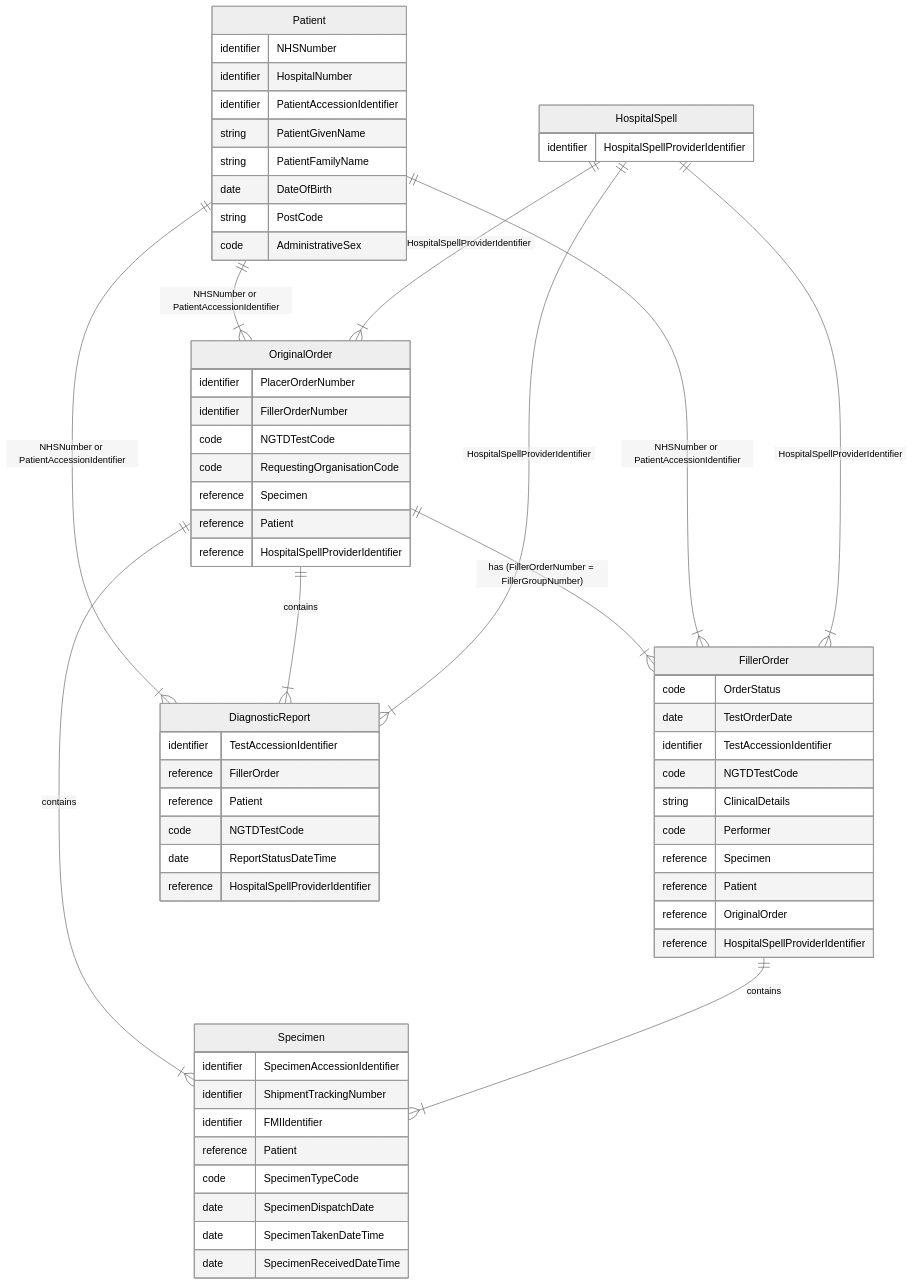
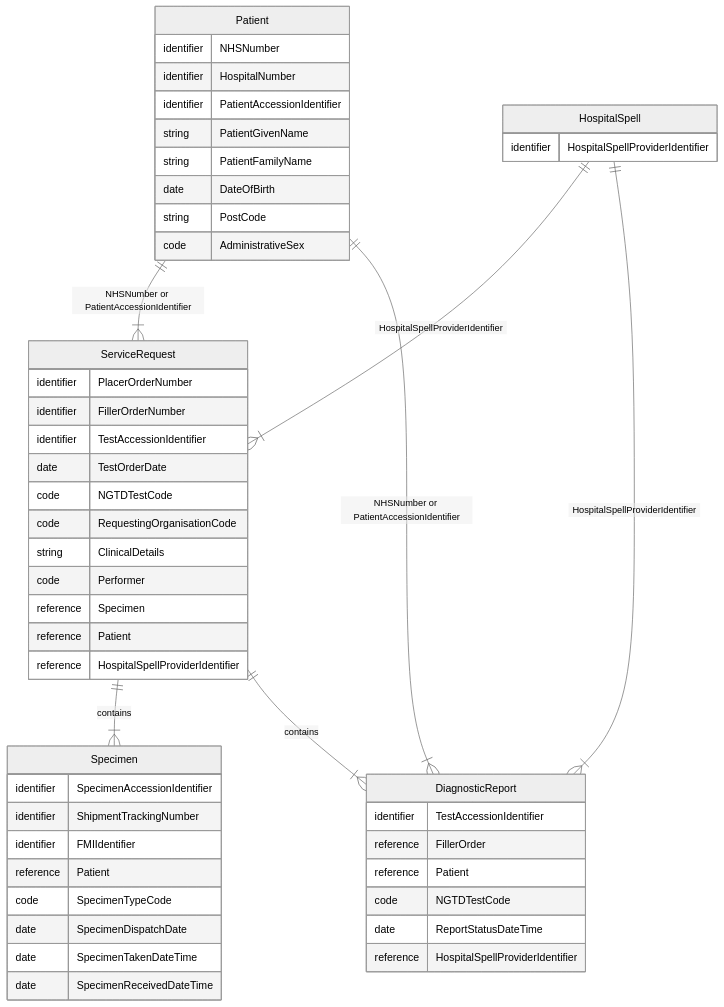
Before and after one commit to nw-gmsa/nw-gmsa.github.com: the first of 2 diagrams in input/pagecontent/diagnostic-core.md, drawn with Mermaid (neutral theme). The commit also changed other lines of this file, not shown here.

Commit message:
Simplified core model

````diff
--- a/input/pagecontent/diagnostic-core.md
+++ b/input/pagecontent/diagnostic-core.md
@@ -15,71 +15,61 @@
 ```mermaid
 erDiagram
 
-  OriginalOrder ||--|{ FillerOrder : "has (FillerOrderNumber = FillerGroupNumber)"
-  OriginalOrder ||--|{ Specimen : contains
-  FillerOrder ||--|{ Specimen : contains
-  Patient ||--|{ OriginalOrder : "NHSNumber or PatientAccessionIdentifier"
-  Patient ||--|{ FillerOrder : "NHSNumber or PatientAccessionIdentifier" 
-  Patient ||--|{ DiagnosticReport : "NHSNumber or PatientAccessionIdentifier" 
-  OriginalOrder ||--|{ DiagnosticReport : contains
-  HospitalSpell ||--|{ OriginalOrder : "HospitalSpellProviderIdentifier"
-  HospitalSpell ||--|{ FillerOrder : "HospitalSpellProviderIdentifier" 
-  HospitalSpell ||--|{ DiagnosticReport : "HospitalSpellProviderIdentifier" 
+    ServiceRequest ||--|{ Specimen : contains
+    Patient ||--|{ ServiceRequest : "NHSNumber or PatientAccessionIdentifier"
 
-  OriginalOrder {
-    identifier PlacerOrderNumber
-    identifier FillerOrderNumber
-    code NGTDTestCode
-    code RequestingOrganisationCode
-    reference Specimen
-    reference Patient
-     reference HospitalSpellProviderIdentifier
-  }
+    Patient ||--|{ DiagnosticReport : "NHSNumber or PatientAccessionIdentifier"
+    ServiceRequest ||--|{ DiagnosticReport : contains
+    HospitalSpell ||--|{ ServiceRequest : "HospitalSpellProviderIdentifier"
 
-  FillerOrder {
-    code OrderStatus
-    date TestOrderDate
-    identifier TestAccessionIdentifier
-    code NGTDTestCode
-    string ClinicalDetails
-    code Performer
-    reference Specimen
-    reference Patient
-    reference OriginalOrder
-     reference HospitalSpellProviderIdentifier
-  }
+    HospitalSpell ||--|{ DiagnosticReport : "HospitalSpellProviderIdentifier"
 
-  Patient {
-    identifier NHSNumber
-    identifier HospitalNumber
-    identifier PatientAccessionIdentifier
-    string PatientGivenName
-    string PatientFamilyName
-    date DateOfBirth
-    string PostCode
-    code AdministrativeSex
-  }
+    ServiceRequest {
+        identifier PlacerOrderNumber
+        identifier FillerOrderNumber
+        identifier TestAccessionIdentifier
+        date TestOrderDate
+        code NGTDTestCode
+        code RequestingOrganisationCode
+        string ClinicalDetails
+        code Performer
+        reference Specimen
+        reference Patient
+        reference HospitalSpellProviderIdentifier
+    }
 
-  Specimen {
-    identifier SpecimenAccessionIdentifier
-    identifier ShipmentTrackingNumber
-    identifier FMIIdentifier
-    reference Patient
-    code SpecimenTypeCode
-    date SpecimenDispatchDate
-    date SpecimenTakenDateTime
-    date SpecimenReceivedDateTime
-  }
 
-  DiagnosticReport {
-    identifier TestAccessionIdentifier
-    reference FillerOrder
-    reference Patient
-    code NGTDTestCode
-    date ReportStatusDateTime
-    reference HospitalSpellProviderIdentifier
-  }
-  HospitalSpell {
-    identifier HospitalSpellProviderIdentifier
-  }
+    Patient {
+        identifier NHSNumber
+        identifier HospitalNumber
+        identifier PatientAccessionIdentifier
+        string PatientGivenName
+        string PatientFamilyName
+        date DateOfBirth
+        string PostCode
+        code AdministrativeSex
+    }
+
+    Specimen {
+        identifier SpecimenAccessionIdentifier
+        identifier ShipmentTrackingNumber
+        identifier FMIIdentifier
+        reference Patient
+        code SpecimenTypeCode
+        date SpecimenDispatchDate
+        date SpecimenTakenDateTime
+        date SpecimenReceivedDateTime
+    }
+
+    DiagnosticReport {
+        identifier TestAccessionIdentifier
+        reference FillerOrder
+        reference Patient
+        code NGTDTestCode
+        date ReportStatusDateTime
+        reference HospitalSpellProviderIdentifier
+    }
+    HospitalSpell {
+        identifier HospitalSpellProviderIdentifier
+    }
 ```
````
